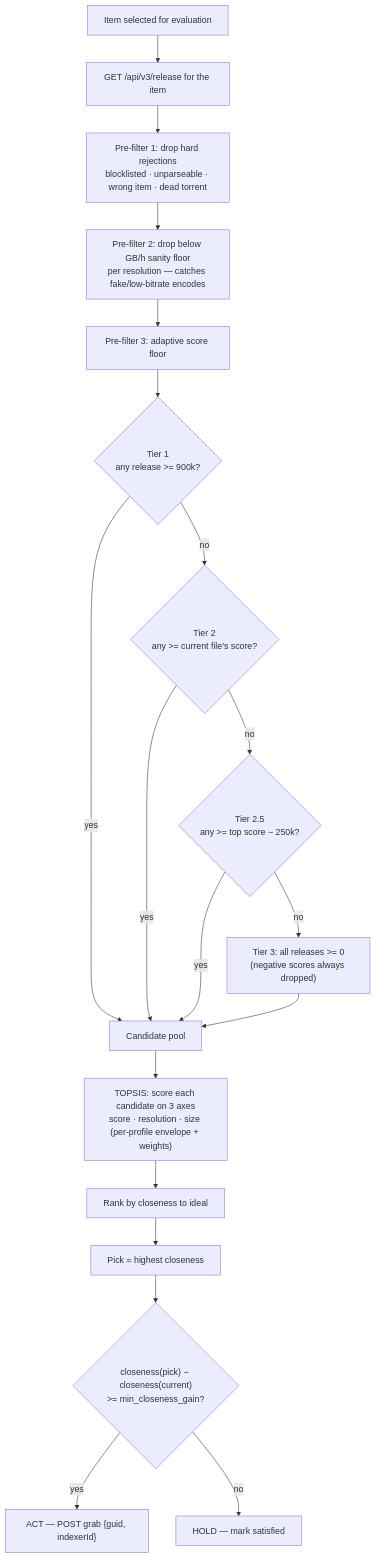
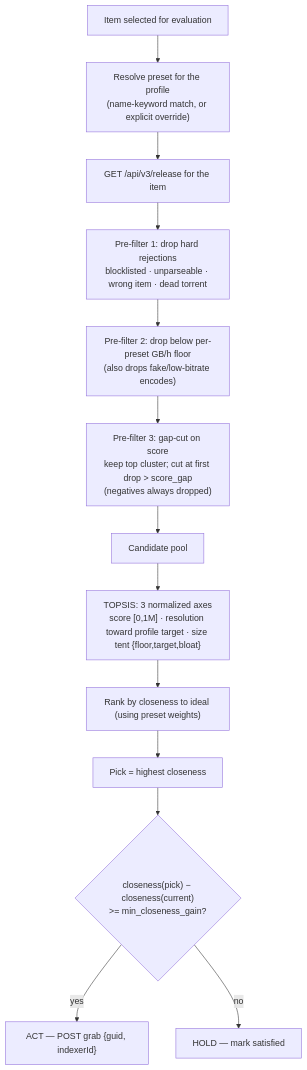
Before and after one commit to patrix87/stalearr: the first of 3 diagrams in docs/optimizer-design.md, drawn with Mermaid. The commit also changed other lines of this file and 13 other files, not shown here.

Commit message:
Optimized architecture and algorithm

````diff
--- a/docs/optimizer-design.md
+++ b/docs/optimizer-design.md
@@ -22,24 +22,17 @@
 ```mermaid
 flowchart TD
-    A["Item selected for evaluation"] --> B["GET /api/v3/release for the item"]
+    A["Item selected for evaluation"] --> RP["Resolve preset for the profile<br/>(name-keyword match, or explicit override)"]
+    RP --> B["GET /api/v3/release for the item"]
     B --> C["Pre-filter 1: drop hard rejections<br/>blocklisted · unparseable · wrong item · dead torrent"]
-    C --> D["Pre-filter 2: drop below GB/h sanity floor<br/>per resolution — catches fake/low-bitrate encodes"]
-    D --> E["Pre-filter 3: adaptive score floor"]
+    C --> D["Pre-filter 2: drop below per-preset GB/h floor<br/>(also drops fake/low-bitrate encodes)"]
+    D --> E["Pre-filter 3: gap-cut on score<br/>keep top cluster; cut at first drop > score_gap<br/>(negatives always dropped)"]
 
-    E --> T1{"Tier 1<br/>any release >= 900k?"}
-    T1 -->|yes| P["Candidate pool"]
-    T1 -->|no| T2{"Tier 2<br/>any >= current file's score?"}
-    T2 -->|yes| P
-    T2 -->|no| T3{"Tier 2.5<br/>any >= top score − 250k?"}
-    T3 -->|yes| P
-    T3 -->|no| T4["Tier 3: all releases >= 0<br/>(negative scores always dropped)"]
-    T4 --> P
-
-    P --> S["TOPSIS: score each candidate on 3 axes<br/>score · resolution · size (per-profile envelope + weights)"]
-    S --> R["Rank by closeness to ideal"]
+    E --> P["Candidate pool"]
+    P --> S["TOPSIS: 3 normalized axes<br/>score [0,1M] · resolution toward profile target · size tent {floor,target,bloat}"]
+    S --> R["Rank by closeness to ideal (using preset weights)"]
     R --> PICK["Pick = highest closeness"]
 
     PICK --> G{"closeness(pick) − closeness(current)<br/>>= min_closeness_gain?"}
     G -->|yes| ACT["ACT — POST grab {guid, indexerId}"]
     G -->|no| HOLD["HOLD — mark satisfied"]
 ```
````
